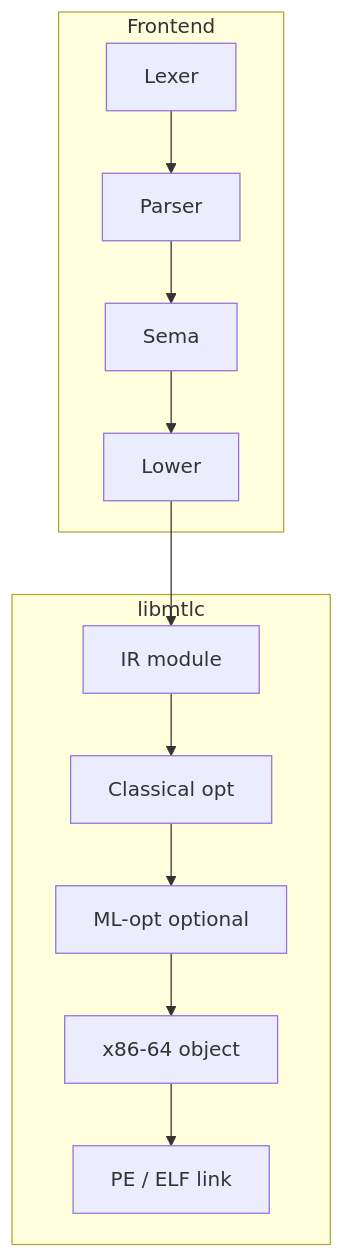
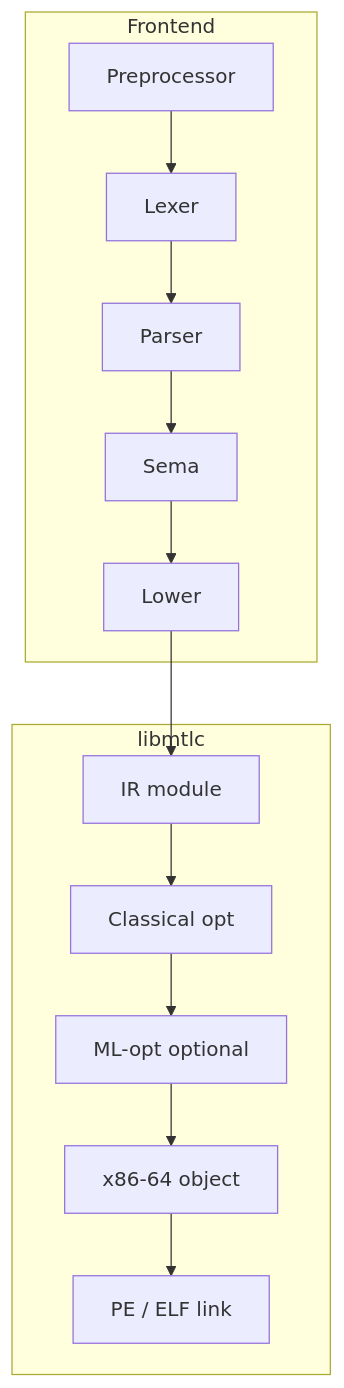
The second of 3 diagrams in README.md (marquisburg/m-c99), drawn with Mermaid before and after one commit. The commit also changed other lines of this file and 9 other files, not shown here.

````diff
--- a/README.md
+++ b/README.md
@@ -19,15 +20,16 @@
 ```mermaid
 flowchart TB
   subgraph fe [Frontend]
-    lex2[Lexer] --> parse2[Parser]
+    pp2[Preprocessor] --> lex2[Lexer]
+    lex2 --> parse2[Parser]
     parse2 --> sema2[Sema]
     sema2 --> lower2[Lower]
   end
   subgraph be [libmtlc]
     ir2[IR module] --> opt2[Classical opt]
     opt2 --> ml[ML-opt optional]
     ml --> x86[x86-64 object]
     x86 --> pe[PE / ELF link]
   end
   lower2 --> ir2
 ```
````
